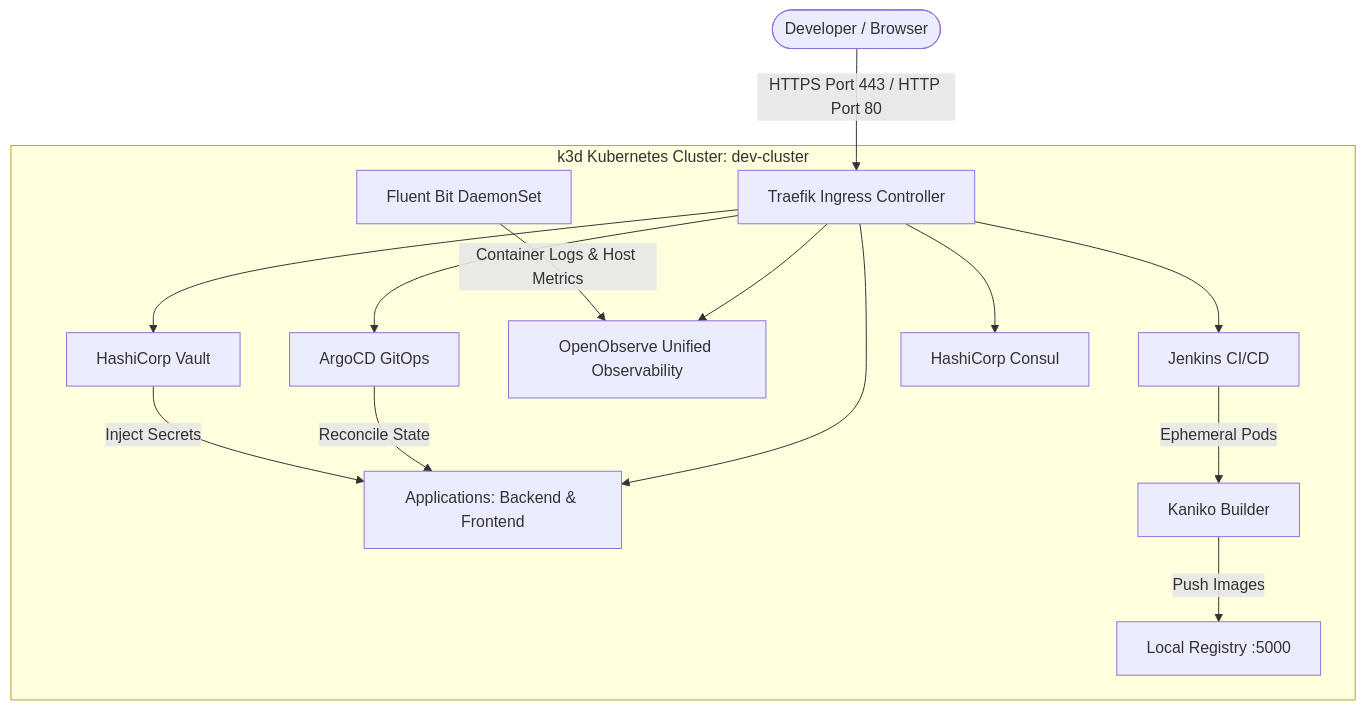
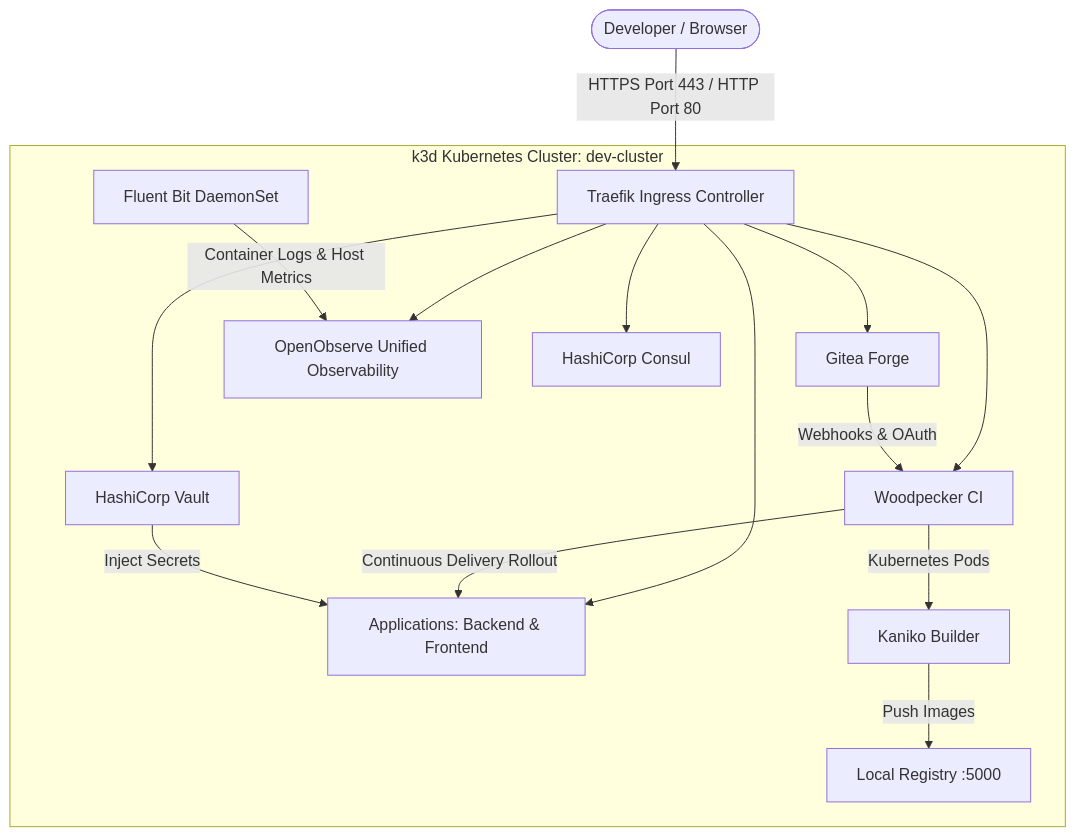
Before and after one commit to edmaputra/ed-devops: the diagram in docs/FEATURES_AND_ROADMAP.md, drawn with Mermaid. The commit also changed other lines of this file and 32 other files, not shown here.

First line of the commit message:
feat(ci): replace Jenkins and ArgoCD with Woodpecker CI and Gitea

````diff
--- a/docs/FEATURES_AND_ROADMAP.md
+++ b/docs/FEATURES_AND_ROADMAP.md
@@ -18,19 +18,20 @@
 ```mermaid
 graph TD
     User([Developer / Browser]) -->|HTTPS Port 443 / HTTP Port 80| Traefik[Traefik Ingress Controller]
     
     subgraph K3sCluster [k3d Kubernetes Cluster: dev-cluster]
-        Traefik --> Jenkins[Jenkins CI/CD]
-        Traefik --> ArgoCD[ArgoCD GitOps]
+        Traefik --> Woodpecker[Woodpecker CI]
+        Traefik --> Gitea[Gitea Forge]
         Traefik --> OpenObserve[OpenObserve Unified Observability]
         Traefik --> Vault[HashiCorp Vault]
         Traefik --> Consul[HashiCorp Consul]
         Traefik --> Apps[Applications: Backend & Frontend]
         
         FluentBit[Fluent Bit DaemonSet] -->|Container Logs & Host Metrics| OpenObserve
-        Jenkins -->|Ephemeral Pods| Kaniko[Kaniko Builder]
+        Gitea -->|Webhooks & OAuth| Woodpecker
+        Woodpecker -->|Kubernetes Pods| Kaniko[Kaniko Builder]
         Kaniko -->|Push Images| Registry[Local Registry :5000]
-        ArgoCD -->|Reconcile State| Apps
+        Woodpecker -->|Continuous Delivery Rollout| Apps
         Vault -->|Inject Secrets| Apps
     end
 ```
````
